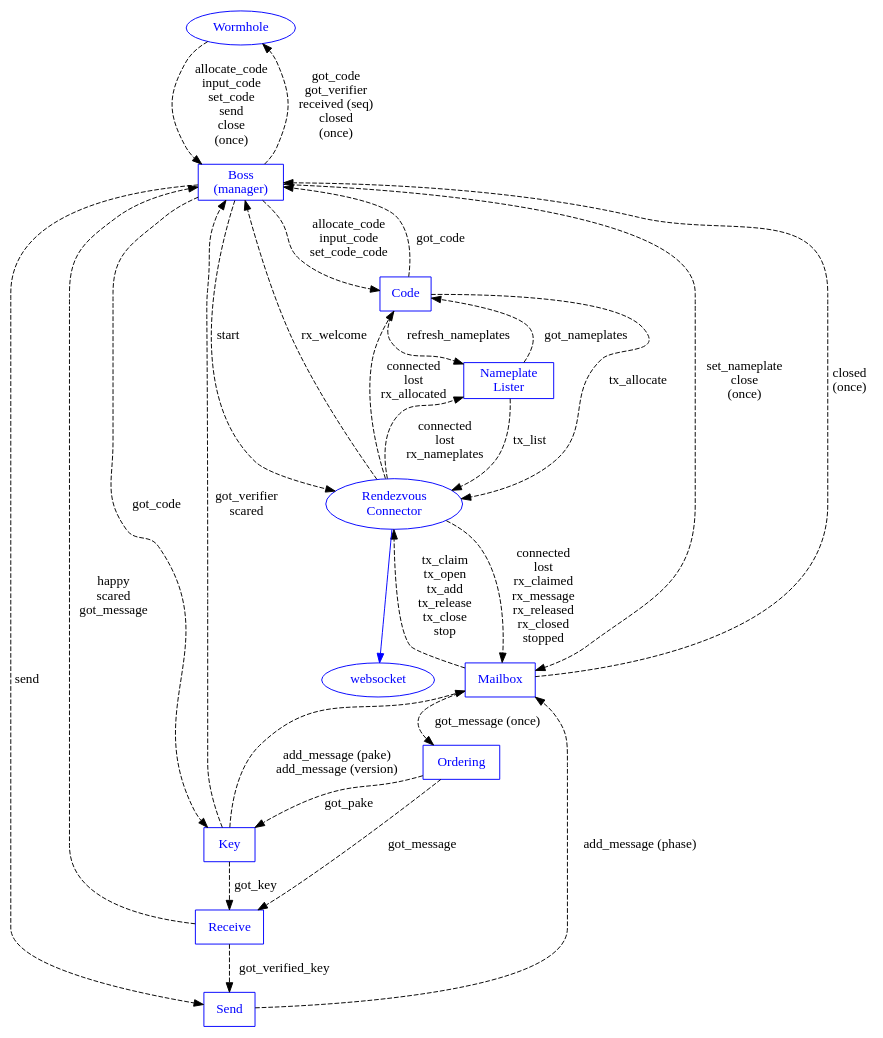
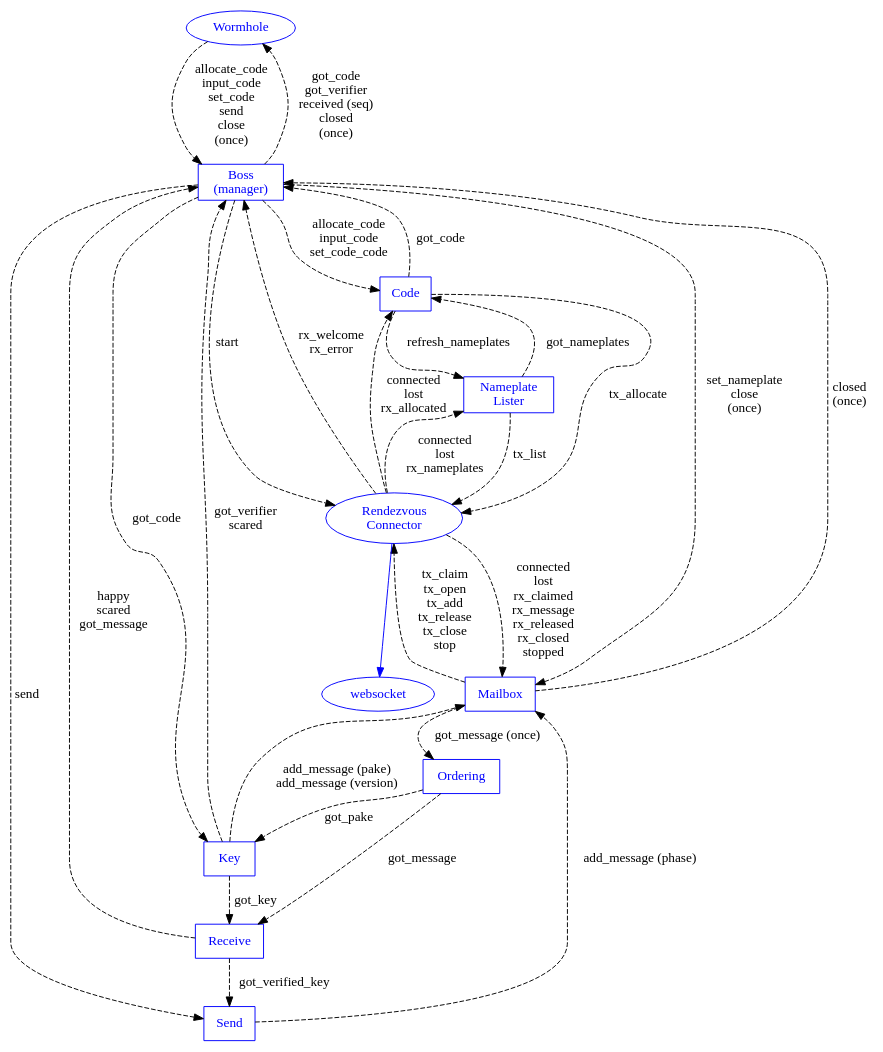
One commit to magic-wormhole/magic-wormhole changed the diagram in docs/machines.dot. Above: the diagram before and after it, drawn with Graphviz. The commit also changed 9 other files, not shown here.

```diff
--- a/docs/machines.dot
+++ b/docs/machines.dot
@@ -1,82 +1,82 @@
 digraph {
         Wormhole [shape="oval" color="blue" fontcolor="blue"]
         Boss [shape="box" label="Boss\n(manager)"
                   color="blue" fontcolor="blue"]
         Mailbox [shape="box" color="blue" fontcolor="blue"]
         Connection [label="Rendezvous\nConnector"
                     shape="oval" color="blue" fontcolor="blue"]
         websocket [color="blue" fontcolor="blue"]
         Order [shape="box" label="Ordering" color="blue" fontcolor="blue"]
         Key [shape="box" label="Key" color="blue" fontcolor="blue"]
         Send [shape="box" label="Send" color="blue" fontcolor="blue"]
         Receive [shape="box" label="Receive" color="blue" fontcolor="blue"]
         Code [shape="box" label="Code" color="blue" fontcolor="blue"]
         Nameplates [shape="box" label="Nameplate\nLister"
                     color="blue" fontcolor="blue"
                     ]
 
         Connection -> websocket [color="blue"]
         #Connection -> Order [color="blue"]
 
         Wormhole -> Boss [style="dashed" label="allocate_code\ninput_code\nset_code\nsend\nclose\n(once)"]
         #Wormhole -> Boss [color="blue"]
         Boss -> Wormhole [style="dashed" label="got_code\ngot_verifier\nreceived (seq)\nclosed\n(once)"]
 
         #Boss -> Connection [color="blue"]
         Boss -> Connection [style="dashed" label="start"]
-        Connection -> Boss [style="dashed" label="rx_welcome"]
+        Connection -> Boss [style="dashed" label="rx_welcome\nrx_error"]
 
         Boss -> Send [style="dashed" label="send"]
 
         Boss -> Mailbox [style="dashed"
                              label="set_nameplate\nclose\n(once)"
                              ]
         #Boss -> Mailbox [color="blue"]
         Mailbox -> Boss [style="dashed" label="closed\n(once)"]
         Mailbox -> Order [style="dashed" label="got_message (once)"]
         Boss -> Key [style="dashed" label="got_code"]
         Key -> Boss [style="dashed" label="got_verifier\nscared"]
         Order -> Key [style="dashed" label="got_pake"]
         Order -> Receive [style="dashed" label="got_message"]
         #Boss -> Key [color="blue"]
         Key -> Mailbox [style="dashed" label="add_message (pake)\nadd_message (version)"]
         Receive -> Send [style="dashed" label="got_verified_key"]
         Send -> Mailbox [style="dashed" label="add_message (phase)"]
 
         Key -> Receive [style="dashed" label="got_key"]
         Receive -> Boss [style="dashed"
                              label="happy\nscared\ngot_message"]
 
         Mailbox -> Connection [style="dashed"
                                label="tx_claim\ntx_open\ntx_add\ntx_release\ntx_close\nstop"
                                ]
         Connection -> Mailbox [style="dashed"
                                label="connected\nlost\nrx_claimed\nrx_message\nrx_released\nrx_closed\nstopped"]
 
         Connection -> Nameplates [style="dashed"
                                   label="connected\nlost\nrx_nameplates"
                                   ]
         Nameplates -> Connection [style="dashed"
                                   label="tx_list"
                                   ]
 
         #Boss -> Code [color="blue"]
         Connection -> Code [style="dashed"
                             label="connected\nlost\nrx_allocated"]
         Code -> Connection [style="dashed"
                             label="tx_allocate"
                             ]
         Nameplates -> Code [style="dashed"
                             label="got_nameplates"
                             ]
         #Code -> Nameplates [color="blue"]
         Code -> Nameplates [style="dashed"
                             label="refresh_nameplates"
                             ]
         Boss -> Code [style="dashed"
                       label="allocate_code\ninput_code\nset_code_code"]
         Code -> Boss [style="dashed"
                       label="got_code"]
 
 
 }
```
